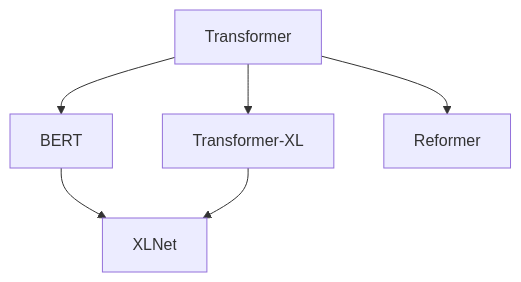
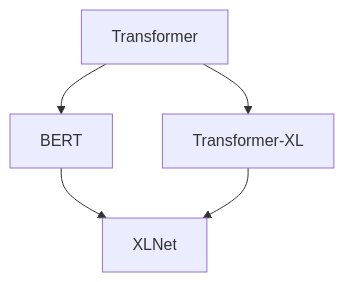
One commit to ted-sharp/chatvox changed the sixth of 11 diagrams in doc/llm.md. Above: the diagram before and after it, drawn with Mermaid. The commit also changed other lines of this file, not shown here.

````diff
--- a/doc/llm.md
+++ b/doc/llm.md
@@ -236,7 +271,6 @@
 ```mermaid
 flowchart
 
 Transformer --> BERT --> XLNet
 Transformer --> Transformer-XL --> XLNet
-Transformer --> Reformer
 ```
````
